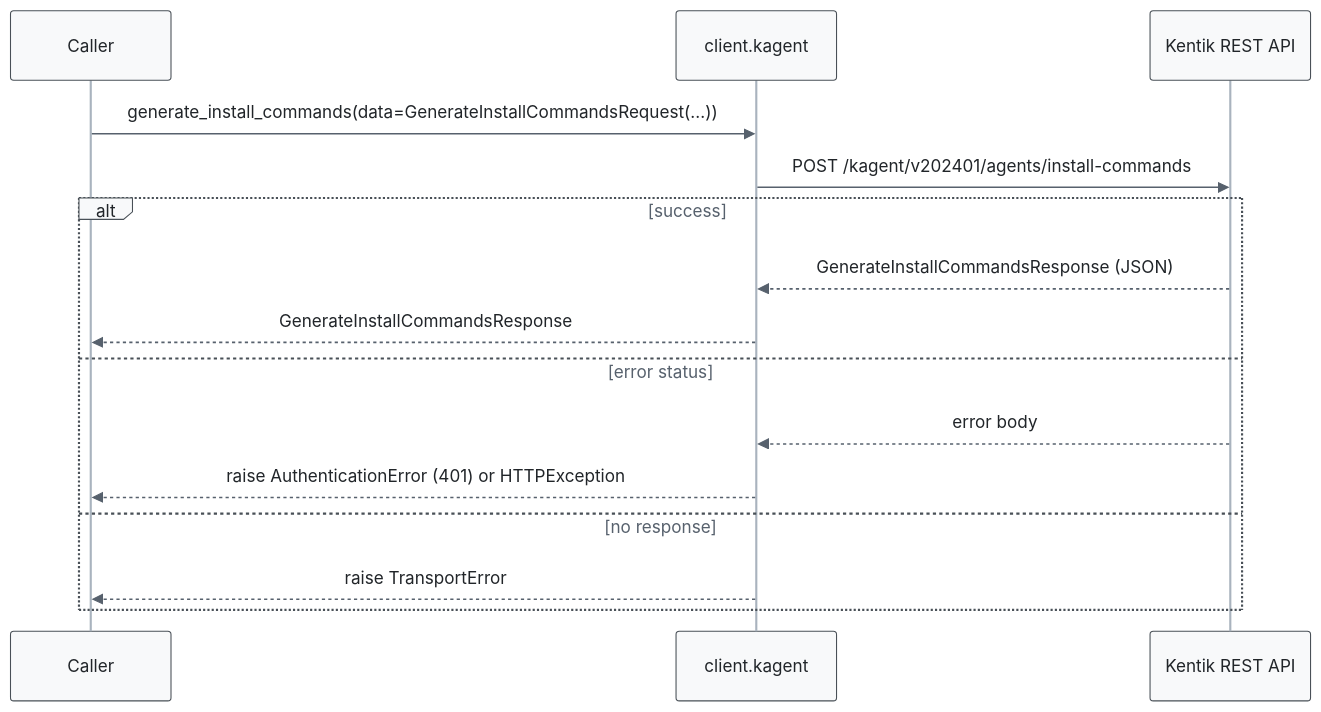
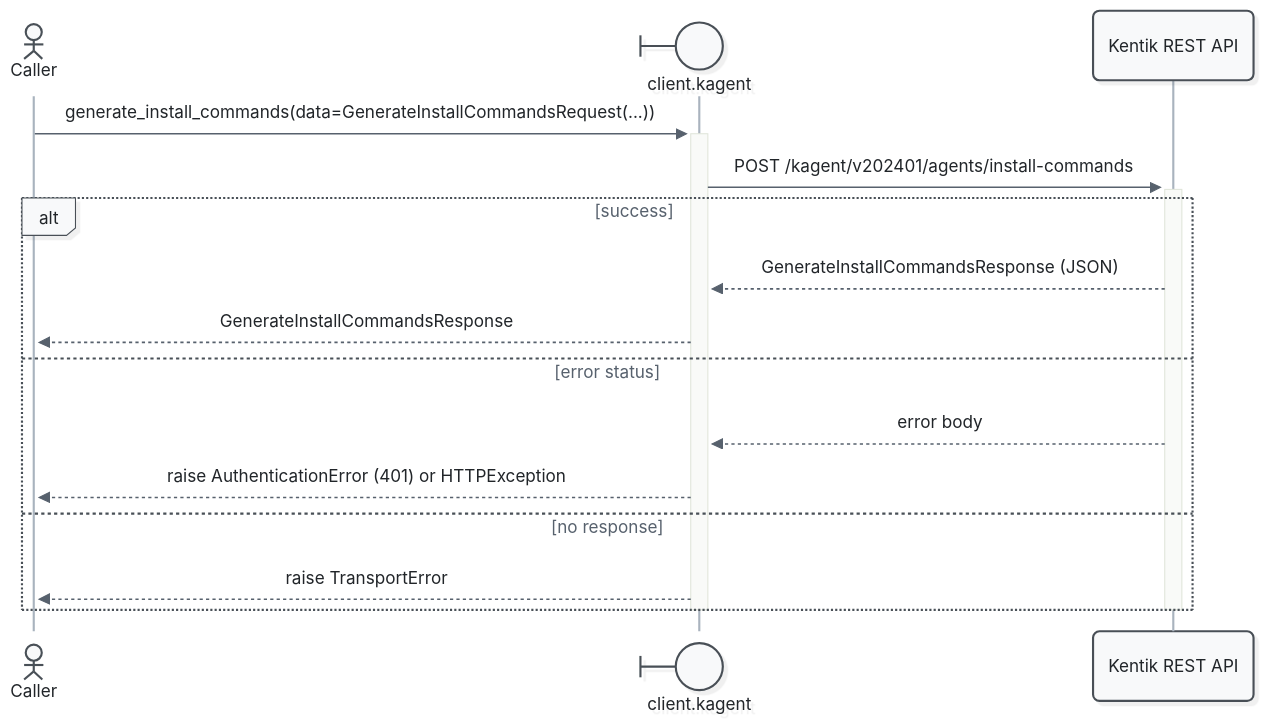
One commit to alexdearaujo/community_sdk_python changed the seventh of 57 diagrams in docs/sphinx/services/kagent.md. Above: the diagram before and after it, drawn with Mermaid. The commit also changed other lines of this file and 52 other files, not shown here.

First line of the commit message:
docs: Mermaid 12 sequence diagrams with participant types and path colors

````diff
--- a/docs/sphinx/services/kagent.md
+++ b/docs/sphinx/services/kagent.md
@@ -271,19 +286,21 @@
 ```mermaid
-%%{init: {"theme": "base", "fontFamily": "ui-monospace, SFMono-Regular, Menlo, monospace", "themeVariables": {"fontFamily": "ui-monospace, SFMono-Regular, Menlo, monospace", "primaryColor": "#f8f9fa", "primaryBorderColor": "#495057", "primaryTextColor": "#212529", "textColor": "#212529", "lineColor": "#77818c", "edgeLabelBackground": "#ffffff", "actorBkg": "#f8f9fa", "actorBorder": "#495057", "actorTextColor": "#212529", "actorLineColor": "#a9b3be", "signalColor": "#57616d", "signalTextColor": "#212529", "labelBoxBkgColor": "#f8f9fa", "labelBoxBorderColor": "#495057", "labelTextColor": "#212529", "loopTextColor": "#57616d", "noteBkgColor": "#fff9db", "noteBorderColor": "#f08c00", "noteTextColor": "#a35a00"}, "flowchart": {"curve": "step", "nodeSpacing": 30, "rankSpacing": 70, "wrappingWidth": 400}}}%%
+%%{init: {"theme": "redux", "look": "neo", "layout": "dagre", "fontFamily": "ui-monospace, SFMono-Regular, Menlo, monospace", "themeVariables": {"fontFamily": "ui-monospace, SFMono-Regular, Menlo, monospace", "primaryColor": "#f8f9fa", "primaryBorderColor": "#495057", "primaryTextColor": "#212529", "textColor": "#212529", "lineColor": "#77818c", "edgeLabelBackground": "#ffffff", "actorBkg": "#f8f9fa", "actorBorder": "#495057", "actorTextColor": "#212529", "actorLineColor": "#a9b3be", "signalColor": "#57616d", "signalTextColor": "#212529", "labelBoxBkgColor": "#f8f9fa", "labelBoxBorderColor": "#495057", "labelTextColor": "#212529", "loopTextColor": "#57616d", "noteBkgColor": "#fff9db", "noteBorderColor": "#f08c00", "noteTextColor": "#a35a00"}, "sequence": {"activationWidth": 16}, "flowchart": {"curve": "step", "nodeSpacing": 30, "rankSpacing": 70, "wrappingWidth": 400}}}%%
 sequenceDiagram
-    participant C as Caller
-    participant W as client.kagent
+    actor C as Caller
+    participant W@{ "type": "boundary" } as client.kagent
     participant API as Kentik REST API
 
-    C->>W: generate_install_commands(data=GenerateInstallCommandsRequest(...))
-    W->>API: POST /kagent/v202401/agents/install-commands
+    C->>+W: generate_install_commands(data=GenerateInstallCommandsRequest(...))
+    W->>+API: POST /kagent/v202401/agents/install-commands
     alt success
         API-->>W: GenerateInstallCommandsResponse (JSON)
         W-->>C: GenerateInstallCommandsResponse
     else error status
         API-->>W: error body
         W-->>C: raise AuthenticationError (401) or HTTPException
     else no response
         W-->>C: raise TransportError
     end
+    deactivate API
+    deactivate W
 ```
````
